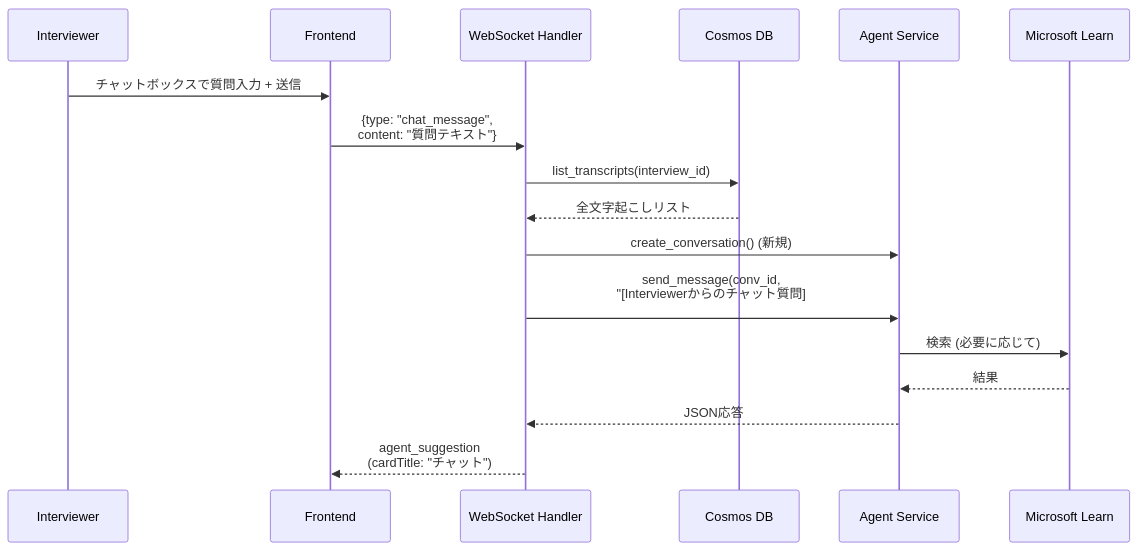
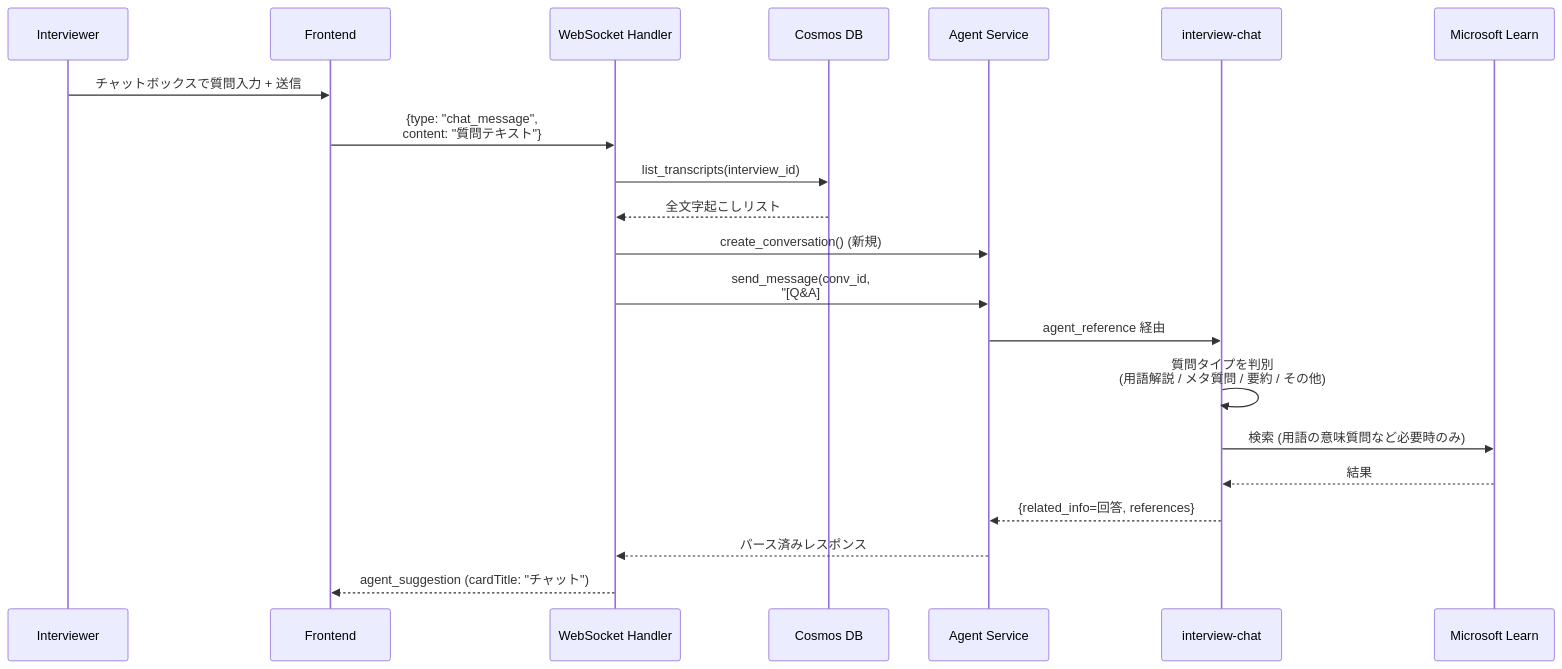
Before and after one commit to hatasaki/Interview-Assistant-AI: diagram 11 of 22 in spec/architecture.md, drawn with Mermaid. The commit also changed other lines of this file and 5 other files, not shown here.

Commit message:
Refactor architecture to implement role-specific Foundry Agents

````diff
--- a/spec/architecture.md
+++ b/spec/architecture.md
@@ -477,20 +543,24 @@
 ```mermaid
 sequenceDiagram
     participant User as Interviewer
     participant FE as Frontend
     participant WS_SRV as WebSocket Handler
     participant DB as Cosmos DB
     participant AGT as Agent Service
+    participant C as interview-chat
     participant MCP as Microsoft Learn
 
     User->>FE: チャットボックスで質問入力 + 送信
     FE->>WS_SRV: {type: "chat_message",<br/>content: "質問テキスト"}
     WS_SRV->>DB: list_transcripts(interview_id)
     DB-->>WS_SRV: 全文字起こしリスト
     WS_SRV->>AGT: create_conversation() (新規)
-    WS_SRV->>AGT: send_message(conv_id,<br/>"[Interviewerからのチャット質問]<br/>## インタビュー情報<br/>{context}<br/>## 直近の文字起こし履歴<br/>{last 5000 chars}<br/>## Interviewerの質問<br/>{content}<br/><br/>文脈を踏まえて回答し<br/>参照情報があれば提供。")
-    AGT->>MCP: 検索 (必要に応じて)
-    MCP-->>AGT: 結果
-    AGT-->>WS_SRV: JSON応答
-    WS_SRV-->>FE: agent_suggestion<br/>(cardTitle: "チャット")
+    WS_SRV->>AGT: send_message(conv_id,<br/>"[Q&A] ## Interviewerの質問 (冒頭)<br/>+ ## インタビュー情報<br/>+ ## 文字起こし履歴 (末尾20,000字)<br/>+ ## Interviewerの質問 (末尾・再掲)",<br/>CHAT_AGENT_NAME)
+    AGT->>C: agent_reference 経由
+    C->>C: 質問タイプを判別<br/>(用語解説 / メタ質問 / 要約 / その他)
+    C->>MCP: 検索 (用語の意味質問など必要時のみ)
+    MCP-->>C: 結果
+    C-->>AGT: {related_info=回答, references}
+    AGT-->>WS_SRV: パース済みレスポンス
+    WS_SRV-->>FE: agent_suggestion (cardTitle: "チャット")
 ```
````
